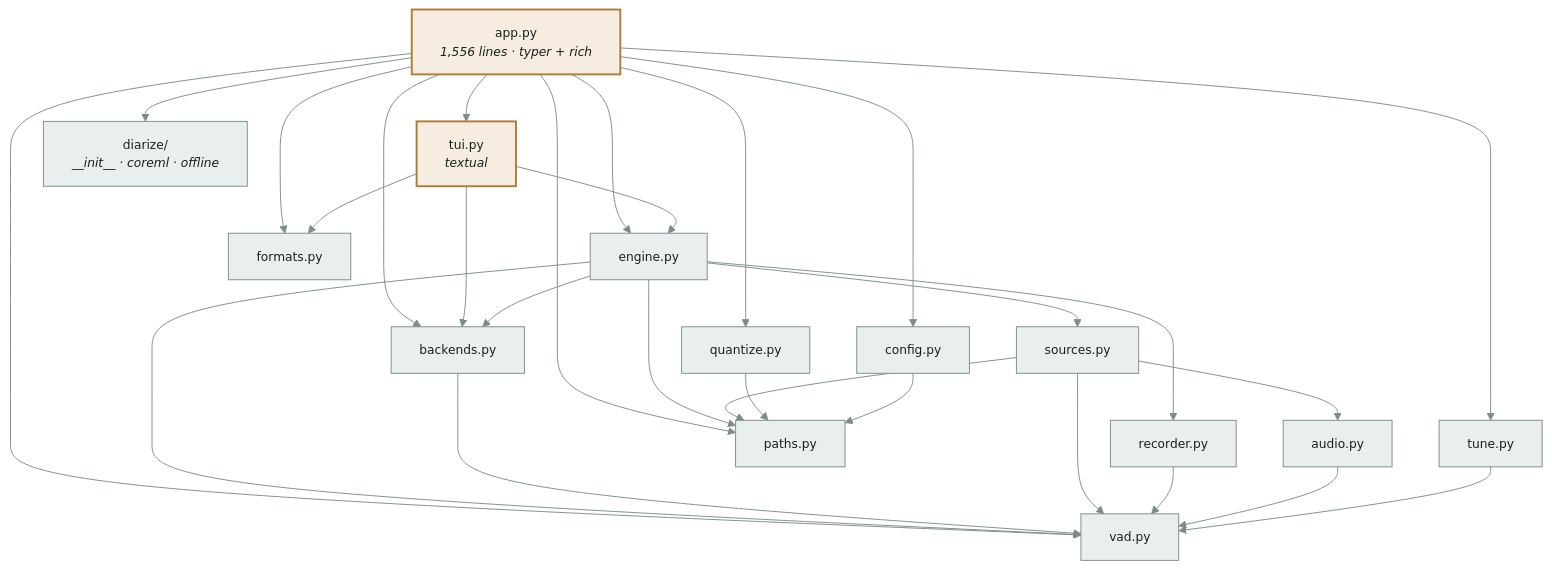
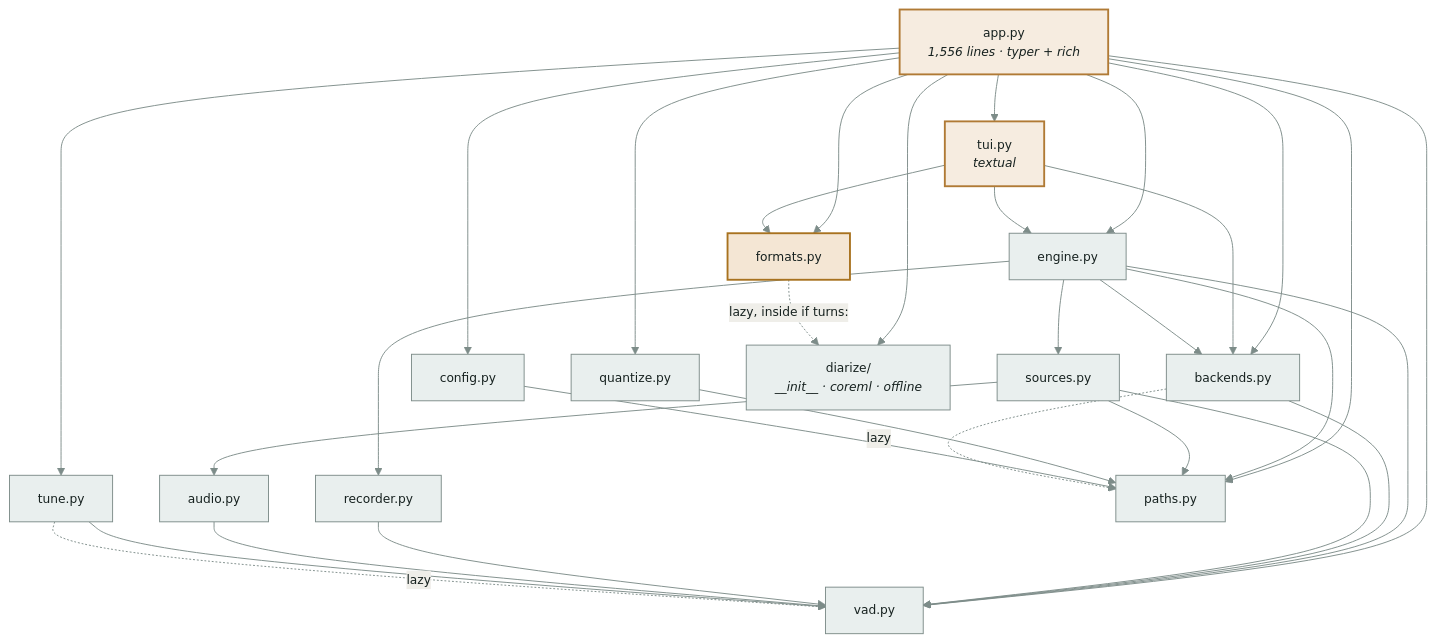
Before and after one commit to apostolos-geyer/mouth: the first of 2 diagrams in docs/research/2026-08-21-module-boundaries.md, drawn with Mermaid. The commit also changed other lines of this file and 3 other files, not shown here.

````diff
--- a/docs/research/2026-08-21-module-boundaries.md
+++ b/docs/research/2026-08-21-module-boundaries.md
@@ -65,51 +79,57 @@
 ```mermaid
 %%{init: {"theme":"base","themeVariables":{"primaryColor":"#e9efee","primaryTextColor":"#16211f","primaryBorderColor":"#7d8c89","lineColor":"#7d8c89","fontFamily":"IBM Plex Mono, ui-monospace, monospace","fontSize":"13px"}}}%%
 graph TD
     app["app.py<br/><i>1,556 lines · typer + rich</i>"]
     tui["tui.py<br/><i>textual</i>"]
     tune["tune.py"]
     quantize["quantize.py"]
     config["config.py"]
     engine["engine.py"]
     backends["backends.py"]
     sources["sources.py"]
     recorder["recorder.py"]
     audio["audio.py"]
     formats["formats.py"]
     vad["vad.py"]
     paths["paths.py"]
     diarize["diarize/<br/><i>__init__ · coreml · offline</i>"]
 
     app --> tui
     app --> tune
     app --> quantize
     app --> config
     app --> engine
     app --> backends
     app --> formats
     app --> vad
     app --> paths
     app --> diarize
     tui --> engine
     tui --> backends
     tui --> formats
     engine --> backends
     engine --> sources
     engine --> recorder
     engine --> vad
     engine --> paths
     backends --> vad
     sources --> audio
     sources --> vad
     sources --> paths
     recorder --> vad
     audio --> vad
     tune --> vad
     quantize --> paths
     config --> paths
 
+    formats -.->|"lazy, inside if turns:"| diarize
+    backends -.->|lazy| paths
+    tune -.->|lazy| vad
+
     classDef top fill:#f6ece0,stroke:#b07a35,stroke-width:2px;
     classDef leaf fill:#e9efee,stroke:#7d8c89;
+    classDef late fill:#f4e6d4,stroke:#a8721f,stroke-width:2px;
     class app,tui top;
-    class paths,vad,formats leaf;
+    class paths,vad leaf;
+    class formats late;
 ```
````
